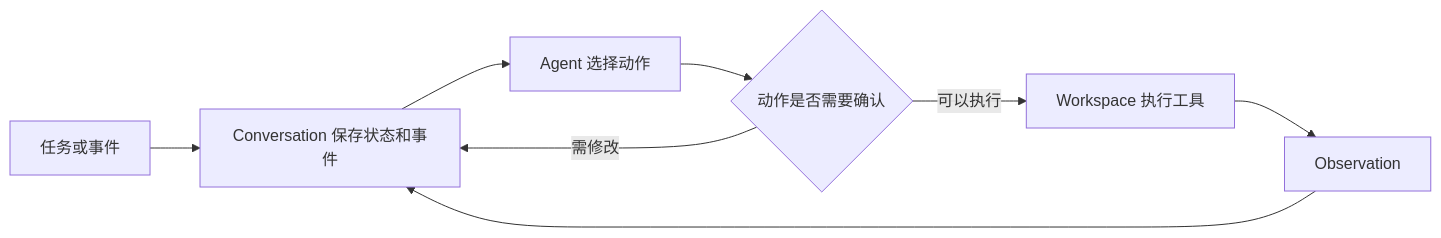
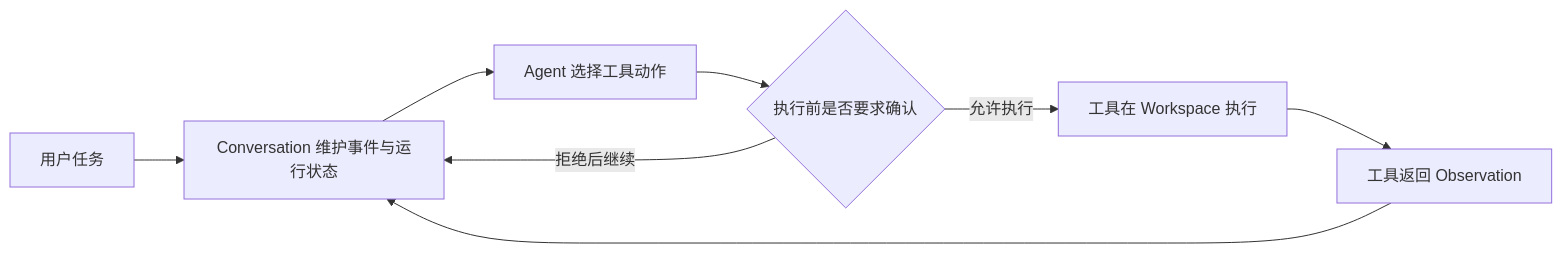
One commit to RoyceChase/cmu-ai-agents-study changed the first of 2 diagrams in lessons/7b-openhands/notes.md. Above: the diagram before and after it, drawn with Mermaid. The commit also changed other lines of this file and 14 other files, not shown here.

````diff
--- a/lessons/7b-openhands/notes.md
+++ b/lessons/7b-openhands/notes.md
@@ -185,10 +30,10 @@
-```mermaid
+~~~mermaid
 flowchart LR
-    I[任务或事件] --> C[Conversation 保存状态和事件]
-    C --> A[Agent 选择动作]
-    A --> G{动作是否需要确认}
-    G -->|可以执行| W[Workspace 执行工具]
-    G -->|需修改| C
-    W --> O[Observation]
+    U[用户任务] --> C[Conversation 维护事件与运行状态]
+    C --> A[Agent 选择工具动作]
+    A --> G{执行前是否要求确认}
+    G -->|允许执行| W[工具在 Workspace 执行]
+    G -->|拒绝后继续| C
+    W --> O[工具返回 Observation]
     O --> C
-```
+~~~
````
